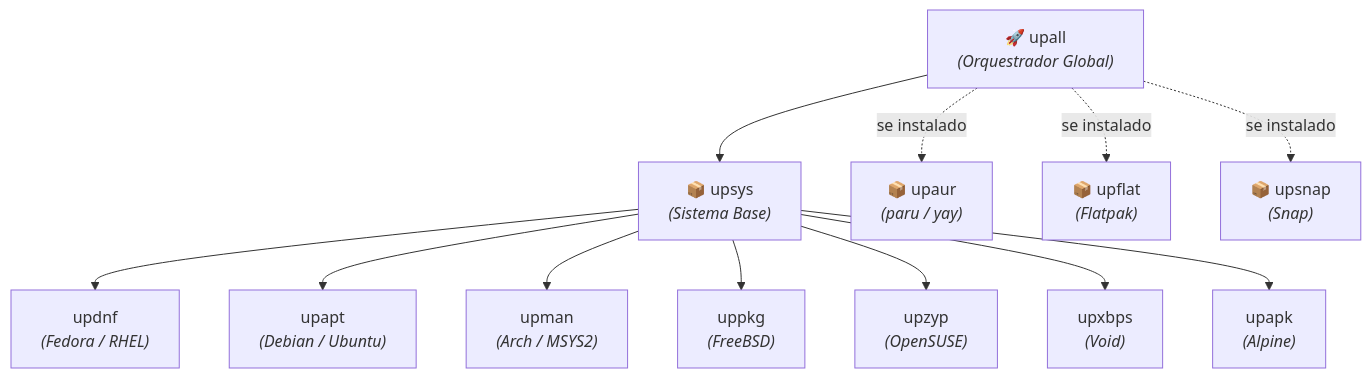
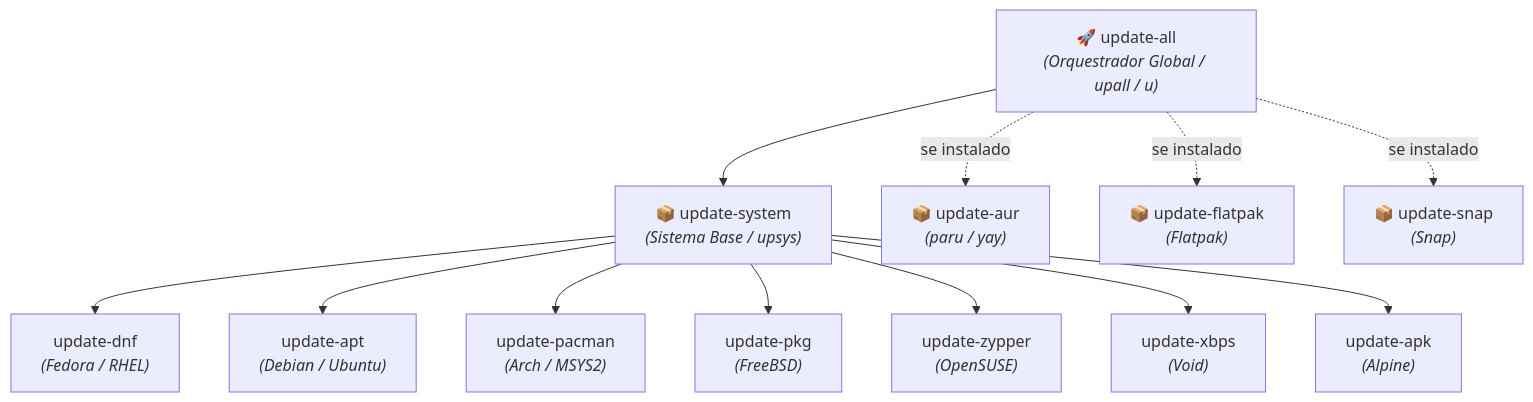
One commit to GabrielFrigo4/shell changed the second of 3 diagrams in README.md. Above: the diagram before and after it, drawn with Mermaid. The commit also changed other lines of this file and 6 other files, not shown here.

````diff
--- a/README.md
+++ b/README.md
@@ -201,18 +208,18 @@
 ```mermaid
 flowchart TD
-    UPALL["🚀 upall<br/><i>(Orquestrador Global)</i>"]
-    UPSYS["📦 upsys<br/><i>(Sistema Base)</i>"]
+    UPALL["🚀 update-all<br/><i>(Orquestrador Global / upall / u)</i>"]
+    UPSYS["📦 update-system<br/><i>(Sistema Base / upsys)</i>"]
 
     UPALL --> UPSYS
-    UPALL -.->|se instalado| AUR["📦 upaur<br/><i>(paru / yay)</i>"]
-    UPALL -.->|se instalado| FLAT["📦 upflat<br/><i>(Flatpak)</i>"]
-    UPALL -.->|se instalado| SNAP["📦 upsnap<br/><i>(Snap)</i>"]
+    UPALL -.->|se instalado| AUR["📦 update-aur<br/><i>(paru / yay)</i>"]
+    UPALL -.->|se instalado| FLAT["📦 update-flatpak<br/><i>(Flatpak)</i>"]
+    UPALL -.->|se instalado| SNAP["📦 update-snap<br/><i>(Snap)</i>"]
 
-    UPSYS --> DNF["updnf<br/><i>(Fedora / RHEL)</i>"]
-    UPSYS --> APT["upapt<br/><i>(Debian / Ubuntu)</i>"]
-    UPSYS --> MAN["upman<br/><i>(Arch / MSYS2)</i>"]
-    UPSYS --> PKG["uppkg<br/><i>(FreeBSD)</i>"]
-    UPSYS --> ZYP["upzyp<br/><i>(OpenSUSE)</i>"]
-    UPSYS --> XBPS["upxbps<br/><i>(Void)</i>"]
-    UPSYS --> APK["upapk<br/><i>(Alpine)</i>"]
+    UPSYS --> DNF["update-dnf<br/><i>(Fedora / RHEL)</i>"]
+    UPSYS --> APT["update-apt<br/><i>(Debian / Ubuntu)</i>"]
+    UPSYS --> MAN["update-pacman<br/><i>(Arch / MSYS2)</i>"]
+    UPSYS --> PKG["update-pkg<br/><i>(FreeBSD)</i>"]
+    UPSYS --> ZYP["update-zypper<br/><i>(OpenSUSE)</i>"]
+    UPSYS --> XBPS["update-xbps<br/><i>(Void)</i>"]
+    UPSYS --> APK["update-apk<br/><i>(Alpine)</i>"]
 ```
````
